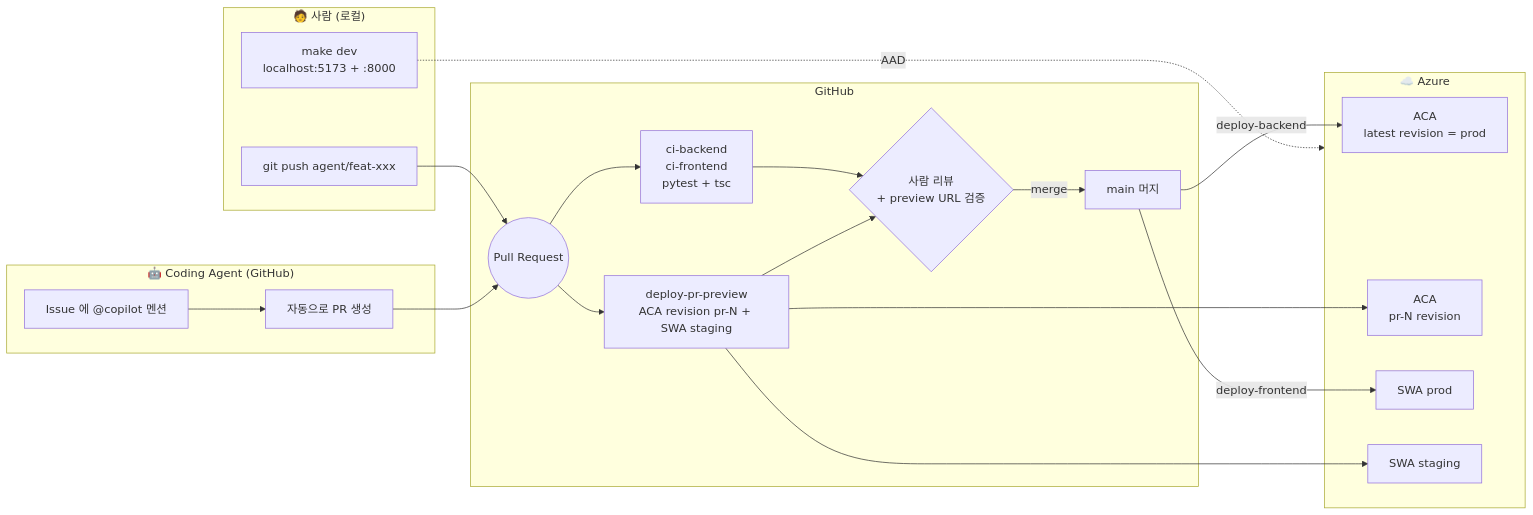
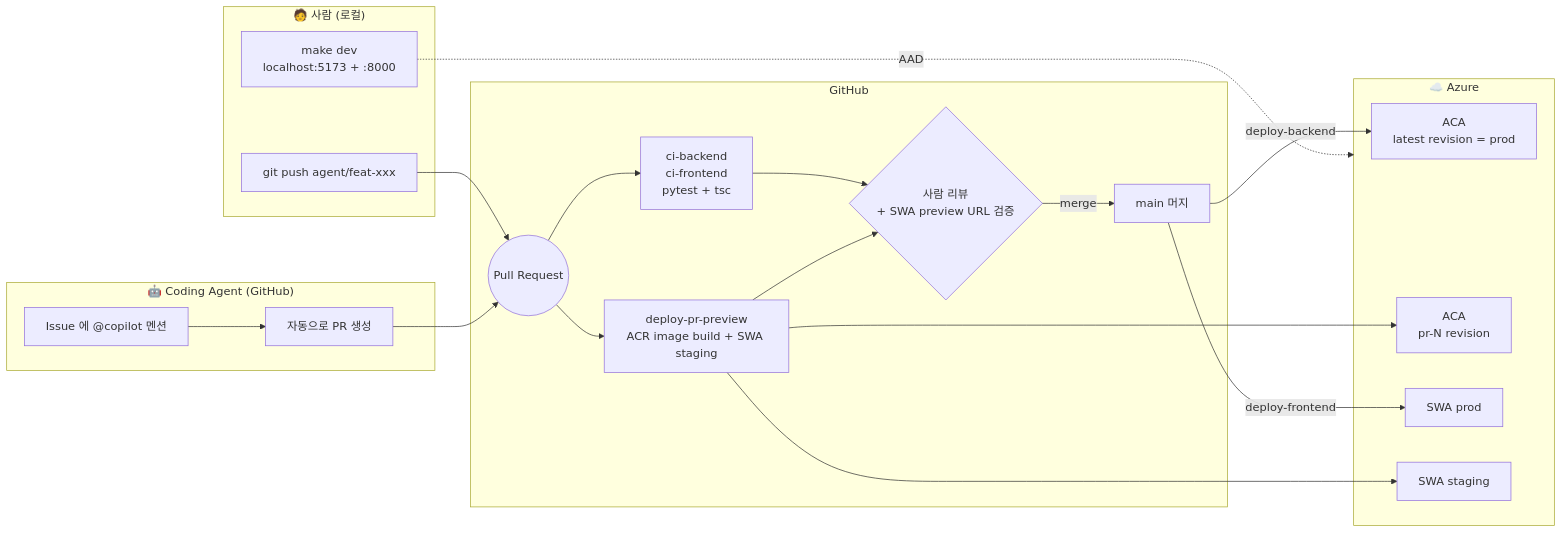
One commit to ChangJu-Ahn/create_ad_cut changed the diagram in README.AgenticDevOps.md. Above: the diagram before and after it, drawn with Mermaid. The commit also changed other lines of this file and 8 other files, not shown here.

````diff
--- a/README.AgenticDevOps.md
+++ b/README.AgenticDevOps.md
@@ -28,40 +28,40 @@
 ```mermaid
 flowchart LR
     subgraph local["🧑 사람 (로컬)"]
         H1[make dev<br/>localhost:5173 + :8000]
         H2[git push agent/feat-xxx]
     end
 
     subgraph agent["🤖 Coding Agent (GitHub)"]
         A1[Issue 에 @copilot 멘션]
         A2[자동으로 PR 생성]
     end
 
     subgraph gh["GitHub"]
         PR((Pull Request))
         CI[ci-backend<br/>ci-frontend<br/>pytest + tsc]
-        PREVIEW[deploy-pr-preview<br/>ACA revision pr-N + SWA staging]
-        REVIEW{사람 리뷰<br/>+ preview URL 검증}
+        PREVIEW[deploy-pr-preview<br/>ACR image build + SWA staging]
+        REVIEW{사람 리뷰<br/>+ SWA preview URL 검증}
         MAIN[main 머지]
     end
 
     subgraph azure["☁️ Azure"]
         ACA_PROD[ACA<br/>latest revision = prod]
         ACA_PR[ACA<br/>pr-N revision]
         SWA_PROD[SWA prod]
         SWA_PR[SWA staging]
     end
 
     H2 --> PR
     A1 --> A2 --> PR
     PR --> CI
     PR --> PREVIEW
     PREVIEW --> ACA_PR
     PREVIEW --> SWA_PR
     CI --> REVIEW
     PREVIEW --> REVIEW
     REVIEW -->|merge| MAIN
     MAIN -->|deploy-backend| ACA_PROD
     MAIN -->|deploy-frontend| SWA_PROD
     H1 -.AAD.-> azure
 ```
````
